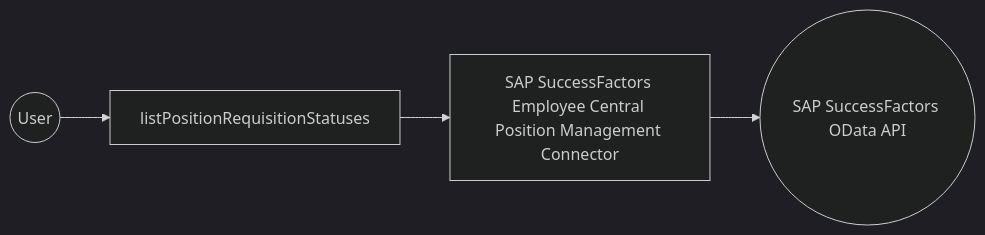
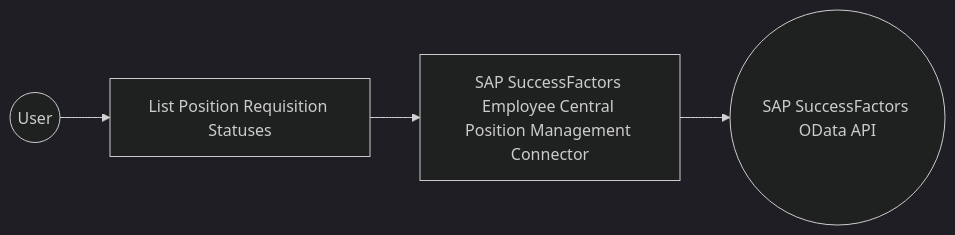
The diagram in en/docs/connectors/catalog/hrms/sap.successfactors.ecpositionmanagement/example.md (wso2/docs-integrator), drawn with Mermaid (dark theme) before and after one commit. The commit also changed other lines of this file and 6 other files, not shown here.

````diff
--- a/en/docs/connectors/catalog/hrms/sap.successfactors.ecpositionmanagement/example.md
+++ b/en/docs/connectors/catalog/hrms/sap.successfactors.ecpositionmanagement/example.md
@@ -12,6 +12,6 @@
 ```mermaid
 flowchart LR
-    A((User)) --> B[listPositionRequisitionStatuses]
+    A((User)) --> B[List Position Requisition Statuses]
     B --> C[SAP SuccessFactors Employee Central Position Management Connector]
     C --> D((SAP SuccessFactors OData API))
 ```
````
